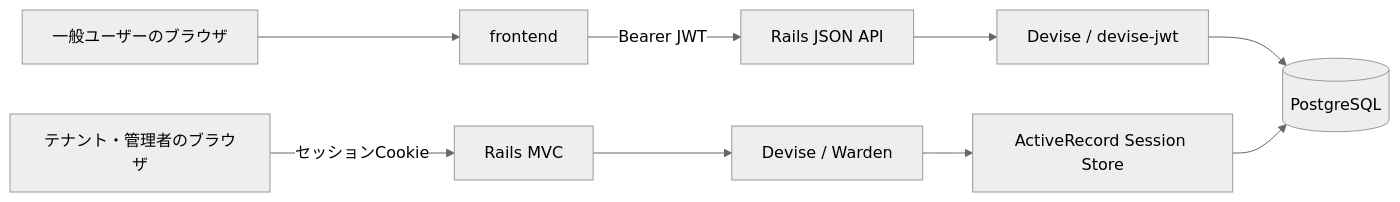
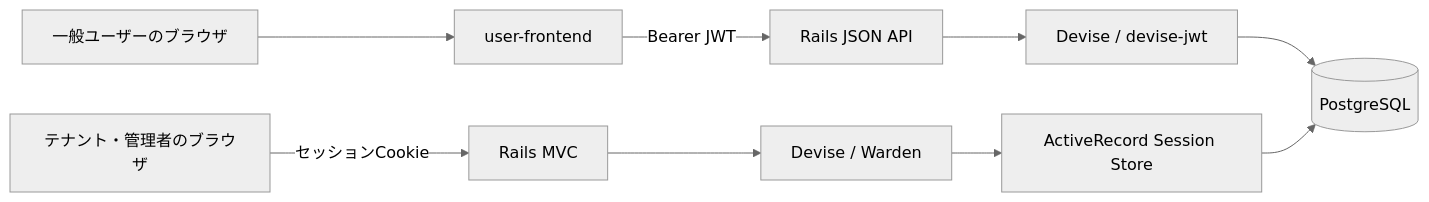
Before and after one commit to t0kio2/community-hub: the first of 5 diagrams in docs/architecture/00-account.md, drawn with Mermaid (neutral theme). The commit also changed other lines of this file and 67 other files, not shown here.

````diff
--- a/docs/architecture/00-account.md
+++ b/docs/architecture/00-account.md
@@ -35,22 +35,22 @@
 ```mermaid
 flowchart LR
     UserBrowser["一般ユーザーのブラウザ"]
     StaffBrowser["テナント・管理者のブラウザ"]
-    Frontend["frontend"]
+    Frontend["user-frontend"]
     RailsAPI["Rails JSON API"]
     RailsMVC["Rails MVC"]
     DeviseJWT["Devise / devise-jwt"]
     DeviseSession["Devise / Warden"]
     SessionStore["ActiveRecord Session Store"]
     DB[("PostgreSQL")]
 
     UserBrowser --> Frontend
     Frontend -->|"Bearer JWT"| RailsAPI
     RailsAPI --> DeviseJWT
     DeviseJWT --> DB
 
     StaffBrowser -->|"セッションCookie"| RailsMVC
     RailsMVC --> DeviseSession
     DeviseSession --> SessionStore
     SessionStore --> DB
 ```
````
